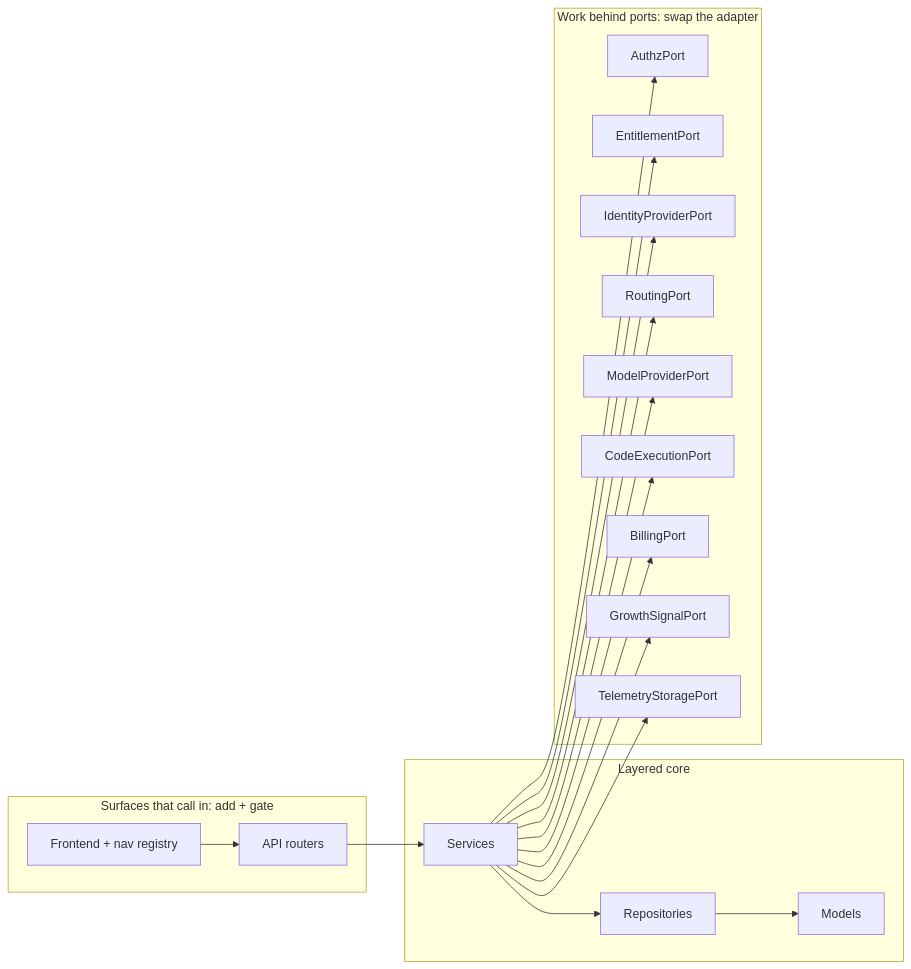
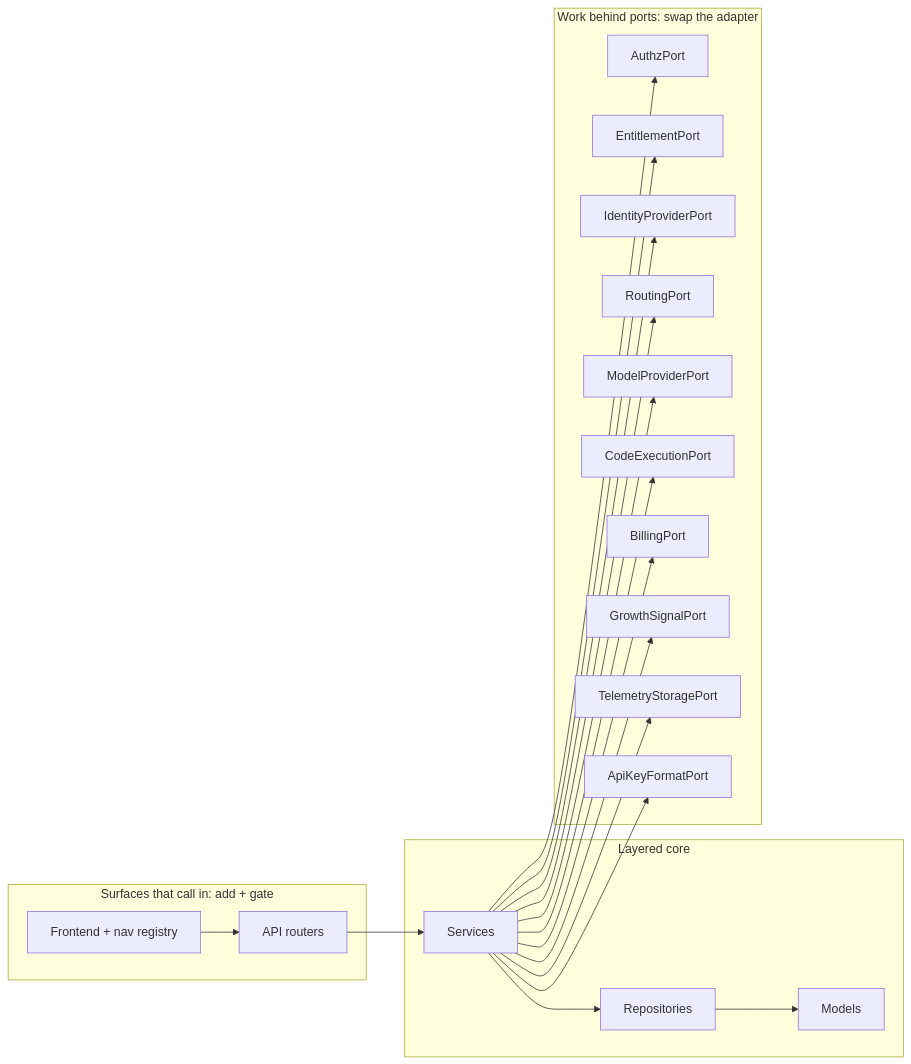
One commit to AloysJehwin/otari changed the second of 2 diagrams in ARCHITECTURE.md. Above: the diagram before and after it, drawn with Mermaid. The commit also changed other lines of this file and 53 other files, not shown here.

First line of the commit message:
feat(keys): put the API key format behind a port (#1375)

````diff
--- a/ARCHITECTURE.md
+++ b/ARCHITECTURE.md
@@ -90,33 +91,35 @@
 ```mermaid
 flowchart LR
     subgraph driving["Surfaces that call in: add + gate"]
         UI["Frontend + nav registry"]
         API["API routers"]
     end
     subgraph core["Layered core"]
         SVC[Services]
         REPO[Repositories]
         MOD[Models]
     end
     subgraph driven["Work behind ports: swap the adapter"]
         AP[AuthzPort]
         EP[EntitlementPort]
         IP[IdentityProviderPort]
         RP[RoutingPort]
         MP[ModelProviderPort]
         CP[CodeExecutionPort]
         BP[BillingPort]
         GP[GrowthSignalPort]
         TP[TelemetryStoragePort]
+        KP[ApiKeyFormatPort]
     end
     UI --> API --> SVC --> REPO --> MOD
     SVC --> AP
     SVC --> EP
     SVC --> IP
     SVC --> RP
     SVC --> MP
     SVC --> CP
     SVC --> BP
     SVC --> GP
     SVC --> TP
+    SVC --> KP
 ```
````
